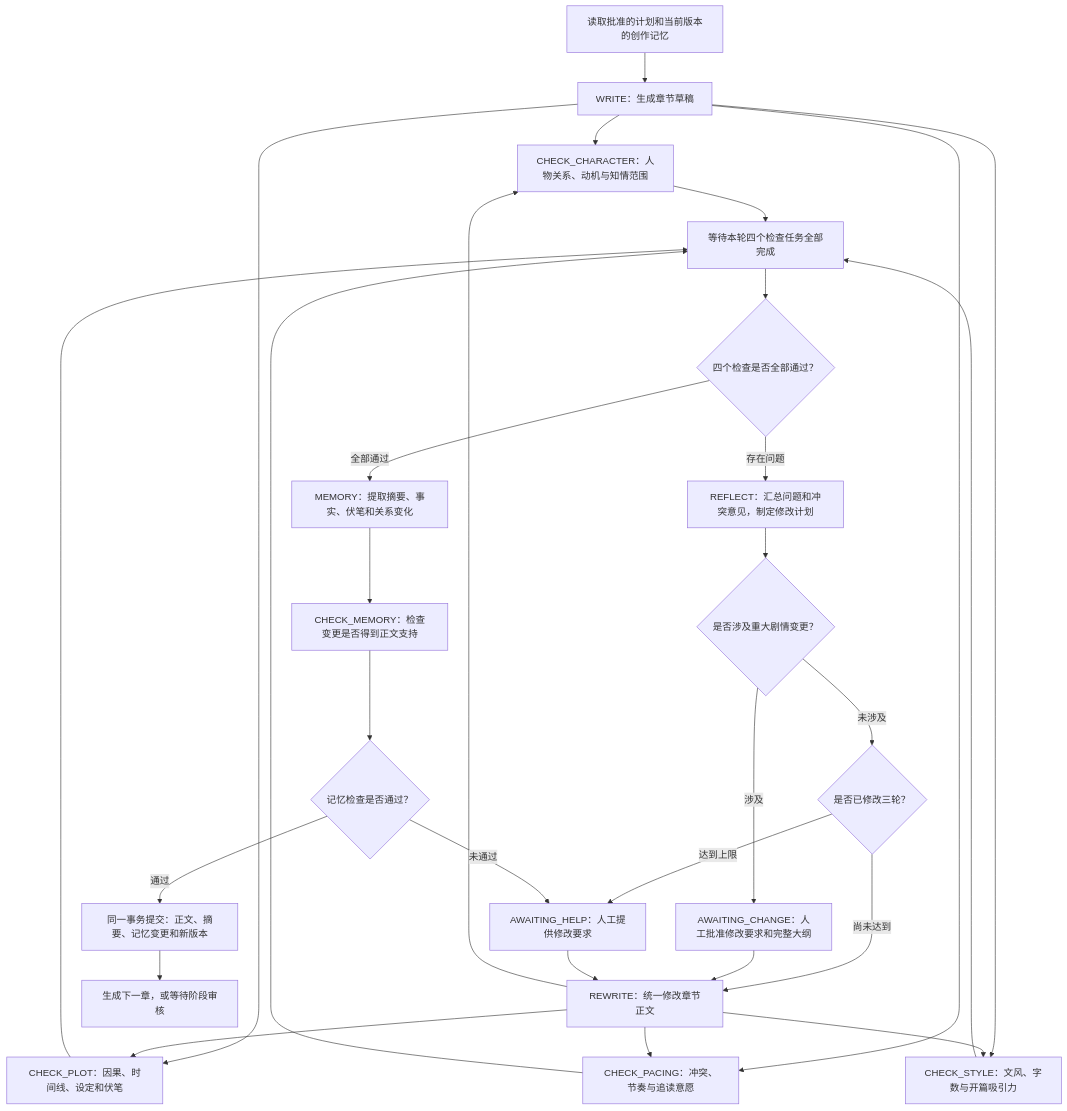
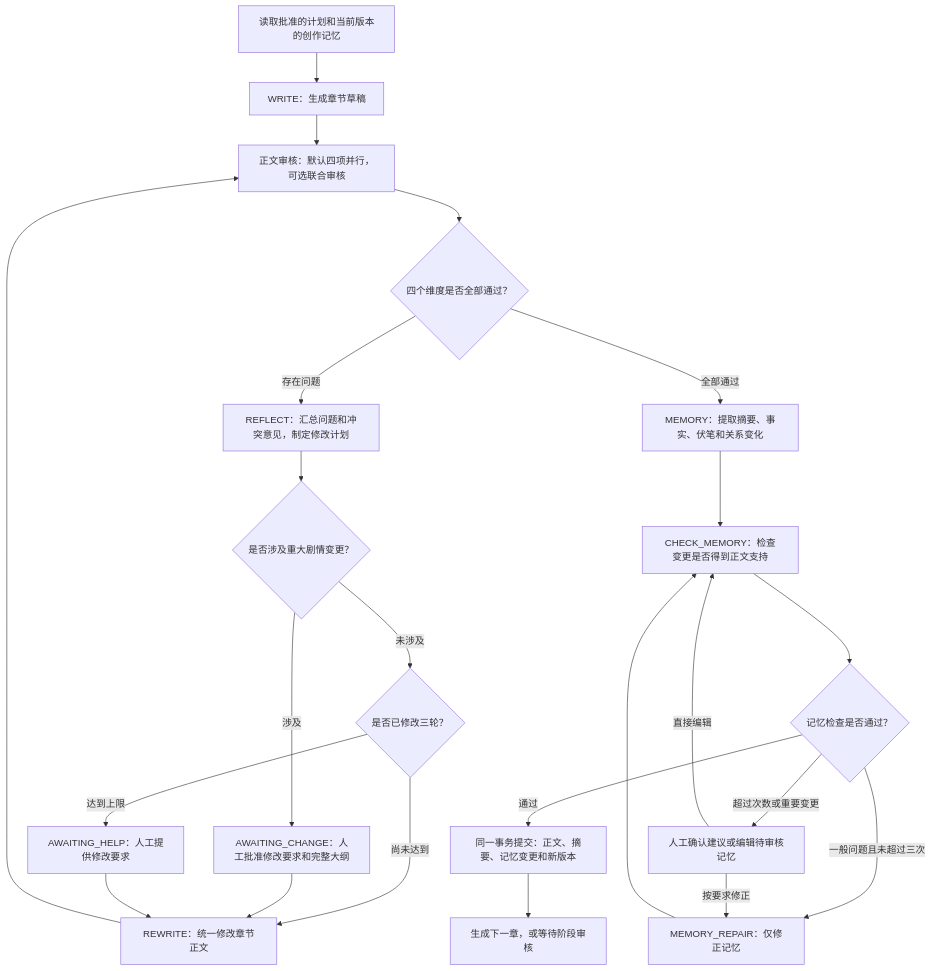
One commit to ccii1/novel-agent changed the fourth of 9 diagrams in README.md. Above: the diagram before and after it, drawn with Mermaid. The commit also changed other lines of this file and 36 other files, not shown here.

Commit message:
feat: add bounded memory repair and optional combined chapter review

````diff
--- a/README.md
+++ b/README.md
@@ -132,31 +132,25 @@
 ```mermaid
 flowchart TD
     Context["读取批准的计划和当前版本的创作记忆"] --> Write["WRITE：生成章节草稿"]
-    Write --> Character["CHECK_CHARACTER：人物关系、动机与知情范围"]
-    Write --> Plot["CHECK_PLOT：因果、时间线、设定和伏笔"]
-    Write --> Pacing["CHECK_PACING：冲突、节奏与追读意愿"]
-    Write --> Style["CHECK_STYLE：文风、字数与开篇吸引力"]
-    Character --> Join["等待本轮四个检查任务全部完成"]
-    Plot --> Join
-    Pacing --> Join
-    Style --> Join
-    Join --> Passed{"四个检查是否全部通过？"}
+    Write --> Joint["正文审核：默认四项并行，可选联合审核"]
+    Joint --> Passed{"四个维度是否全部通过？"}
     Passed -->|存在问题| Reflect["REFLECT：汇总问题和冲突意见，制定修改计划"]
     Reflect --> Major{"是否涉及重大剧情变更？"}
     Major -->|涉及| HumanMajor["AWAITING_CHANGE：人工批准修改要求和完整大纲"]
     Major -->|未涉及| Limit{"是否已修改三轮？"}
     Limit -->|达到上限| HumanHelp["AWAITING_HELP：人工提供修改要求"]
     Limit -->|尚未达到| Rewrite["REWRITE：统一修改章节正文"]
     HumanMajor --> Rewrite
     HumanHelp --> Rewrite
-    Rewrite --> Character
-    Rewrite --> Plot
-    Rewrite --> Pacing
-    Rewrite --> Style
+    Rewrite --> Joint
     Passed -->|全部通过| Extract["MEMORY：提取摘要、事实、伏笔和关系变化"]
     Extract --> MemoryCheck["CHECK_MEMORY：检查变更是否得到正文支持"]
     MemoryCheck --> MemoryPassed{"记忆检查是否通过？"}
-    MemoryPassed -->|未通过| HumanHelp
+    MemoryPassed -->|一般问题且未超过三次| Repair["MEMORY_REPAIR：仅修正记忆"]
+    Repair --> MemoryCheck
+    MemoryPassed -->|超过次数或重要变更| MemoryHelp["人工确认建议或编辑待审核记忆"]
+    MemoryHelp -->|按要求修正| Repair
+    MemoryHelp -->|直接编辑| MemoryCheck
     MemoryPassed -->|通过| Commit["同一事务提交：正文、摘要、记忆变更和新版本"]
     Commit --> Next["生成下一章，或等待阶段审核"]
 ```
````
